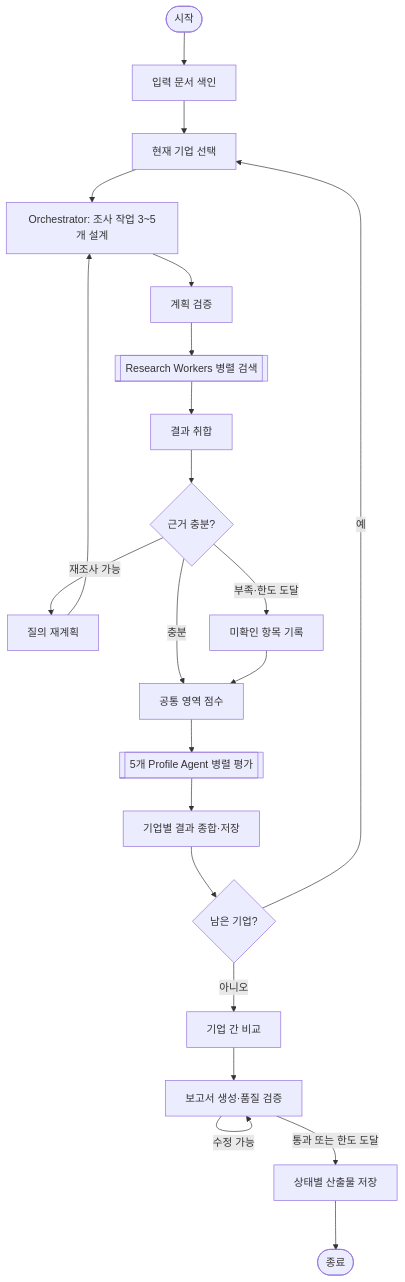
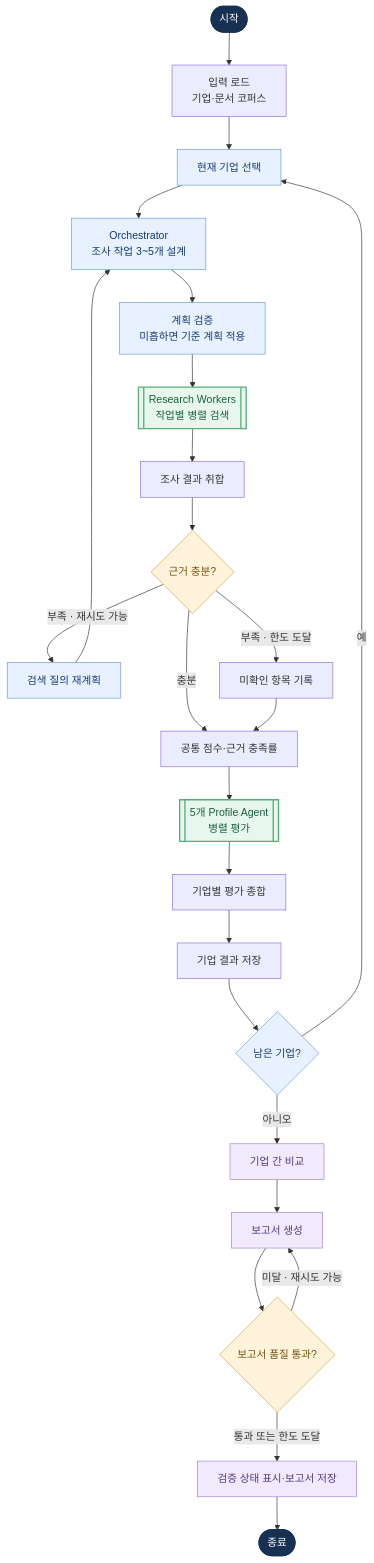
The diagram in README.md (sumin-990416/Langchain_Skala_U3), drawn with Mermaid before and after one commit. The commit also changed other lines of this file, not shown here.

````diff
--- a/README.md
+++ b/README.md
@@ -9,24 +283,37 @@
 ```mermaid
 flowchart TD
-    START([시작]) --> LOAD[입력 문서 색인]
-    LOAD --> SELECT[현재 기업 선택]
-    SELECT --> PLAN[Orchestrator: 조사 작업 3~5개 설계]
-    PLAN --> CHECK[계획 검증]
-    CHECK --> WORKERS[[Research Workers 병렬 검색]]
-    WORKERS --> MERGE[결과 취합]
-    MERGE --> EVIDENCE{근거 충분?}
-    EVIDENCE -- 재조사 가능 --> REWRITE[질의 재계획]
+    START([시작]) --> LOAD["입력 로드<br/>기업·문서 코퍼스"]
+    LOAD --> SELECT["현재 기업 선택"]
+    SELECT --> PLAN["Orchestrator<br/>조사 작업 3~5개 설계"]
+    PLAN --> CHECK["계획 검증<br/>미흡하면 기준 계획 적용"]
+    CHECK --> WORKERS[["Research Workers<br/>작업별 병렬 검색"]]
+    WORKERS --> MERGE["조사 결과 취합"]
+    MERGE --> EVIDENCE{"근거 충분?"}
+    EVIDENCE -- "부족 · 재시도 가능" --> REWRITE["검색 질의 재계획"]
     REWRITE --> PLAN
-    EVIDENCE -- 부족·한도 도달 --> UNKNOWN[미확인 항목 기록]
-    EVIDENCE -- 충분 --> SCORE[공통 영역 점수]
+    EVIDENCE -- "부족 · 한도 도달" --> UNKNOWN["미확인 항목 기록"]
+    EVIDENCE -- "충분" --> SCORE["공통 점수·근거 충족률"]
     UNKNOWN --> SCORE
-    SCORE --> PROFILES[[5개 Profile Agent 병렬 평가]]
-    PROFILES --> SYNTH[기업별 결과 종합·저장]
-    SYNTH --> NEXT{남은 기업?}
-    NEXT -- 예 --> SELECT
-    NEXT -- 아니오 --> COMPARE[기업 간 비교]
-    COMPARE --> REPORT[보고서 생성·품질 검증]
-    REPORT -- 수정 가능 --> REPORT
-    REPORT -- 통과 또는 한도 도달 --> SAVE[상태별 산출물 저장]
-    SAVE --> END([종료])
+    SCORE --> PROFILES[["5개 Profile Agent<br/>병렬 평가"]]
+    PROFILES --> SYNTH["기업별 평가 종합"]
+    SYNTH --> SAVE_COMPANY["기업 결과 저장"]
+    SAVE_COMPANY --> NEXT{"남은 기업?"}
+    NEXT -- "예" --> SELECT
+    NEXT -- "아니오" --> COMPARE["기업 간 비교"]
+    COMPARE --> REPORT["보고서 생성"]
+    REPORT --> REVIEW{"보고서 품질 통과?"}
+    REVIEW -- "미달 · 재시도 가능" --> REPORT
+    REVIEW -- "통과 또는 한도 도달" --> SAVE_REPORT["검증 상태 표시·보고서 저장"]
+    SAVE_REPORT --> END([종료])
+
+    classDef terminal fill:#183153,color:#fff,stroke:#183153,stroke-width:2px
+    classDef control fill:#e8f1ff,color:#173b75,stroke:#6b9bd2
+    classDef parallel fill:#e8f7ee,color:#17613a,stroke:#58ad7b,stroke-width:2px
+    classDef decision fill:#fff3dc,color:#75500d,stroke:#d7a646
+    classDef output fill:#f1eafd,color:#543783,stroke:#a783ce
+    class START,END terminal
+    class PLAN,CHECK,REWRITE,SELECT,NEXT control
+    class WORKERS,PROFILES parallel
+    class EVIDENCE,REVIEW decision
+    class COMPARE,REPORT,SAVE_REPORT output
 ```
````
